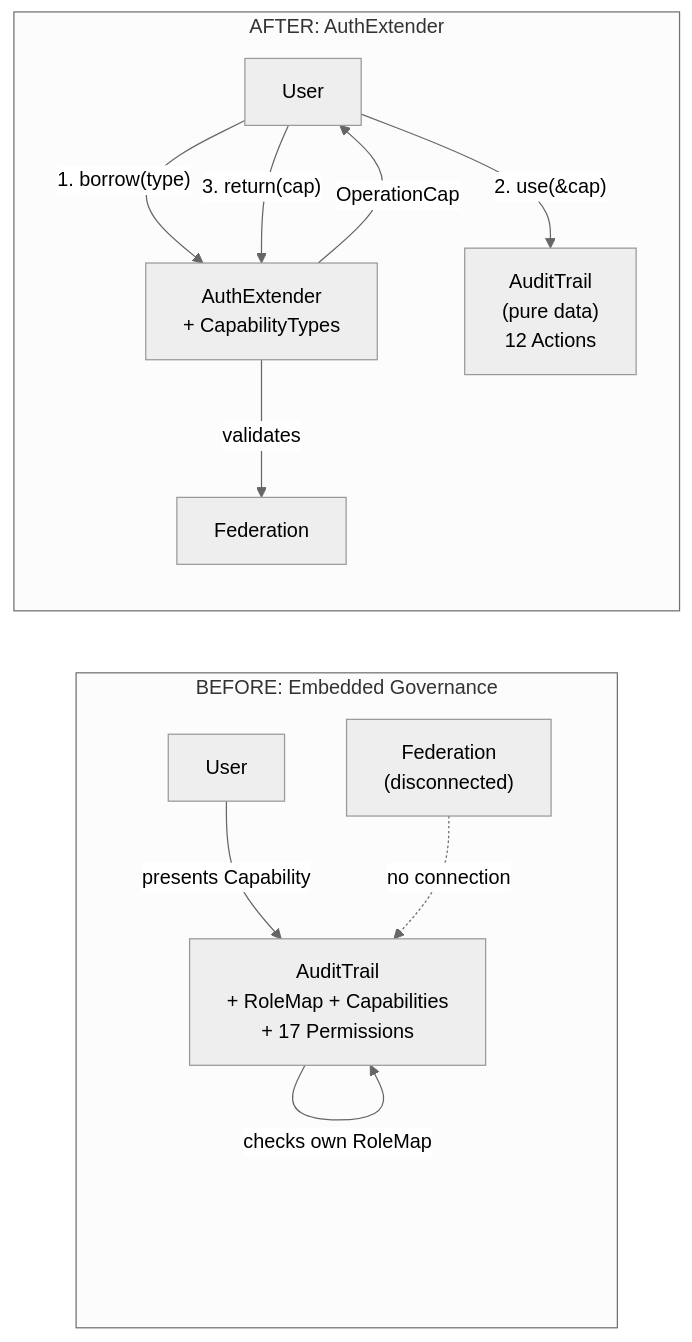
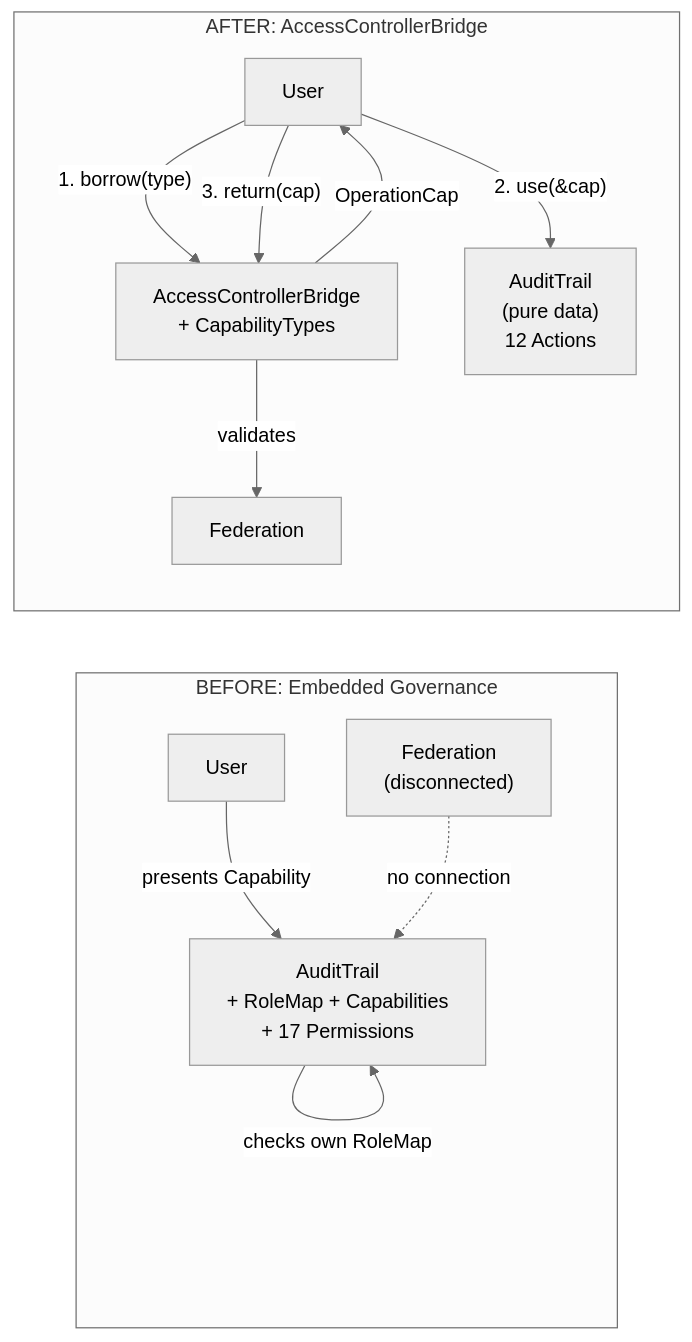
One commit to qrayven/acb changed the sixth of 7 diagrams in resources/access-controller-bridge-v3.md. Above: the diagram before and after it, drawn with Mermaid (neutral theme). The commit also changed other lines of this file, not shown here.

````diff
--- a/resources/access-controller-bridge-v3.md
+++ b/resources/access-controller-bridge-v3.md
@@ -2475,25 +2451,25 @@
 ```mermaid
 flowchart LR
     subgraph before["BEFORE: Embedded Governance"]
         direction TB
         B_Fed["Federation<br/>(disconnected)"]
         B_Trail["AuditTrail<br/>+ RoleMap + Capabilities<br/>+ 17 Permissions"]
         B_User["User"]
         B_User -->|"presents Capability"| B_Trail
         B_Trail -->|"checks own RoleMap"| B_Trail
         B_Fed -.->|"no connection"| B_Trail
     end
 
-    subgraph after["AFTER: AuthExtender"]
+    subgraph after["AFTER: AccessControllerBridge"]
         direction TB
         A_Fed["Federation"]
-        A_AE["AuthExtender<br/>+ CapabilityTypes"]
+        A_AE["AccessControllerBridge<br/>+ CapabilityTypes"]
         A_Trail["AuditTrail<br/>(pure data)<br/>12 Actions"]
         A_User["User"]
         A_User -->|"1. borrow(type)"| A_AE
         A_AE -->|"validates"| A_Fed
         A_AE -->|"OperationCap"| A_User
         A_User -->|"2. use(&cap)"| A_Trail
         A_User -->|"3. return(cap)"| A_AE
     end
 ```
````
